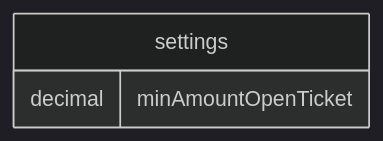
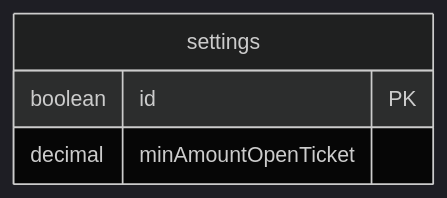
Before and after one commit to coinhub-uit/coinhub-uit.github.io: the third of 4 diagrams in docs/diagrams/database/ticket-creation.md, drawn with Mermaid (dark theme). The commit also changed 1 other file, not shown here.

````diff
--- a/docs/diagrams/database/ticket-creation.md
+++ b/docs/diagrams/database/ticket-creation.md
@@ -56,6 +56,7 @@
 ```mermaid
 erDiagram
   settings {
+    boolean id PK
     decimal minAmountOpenTicket
   }
 ```
````
